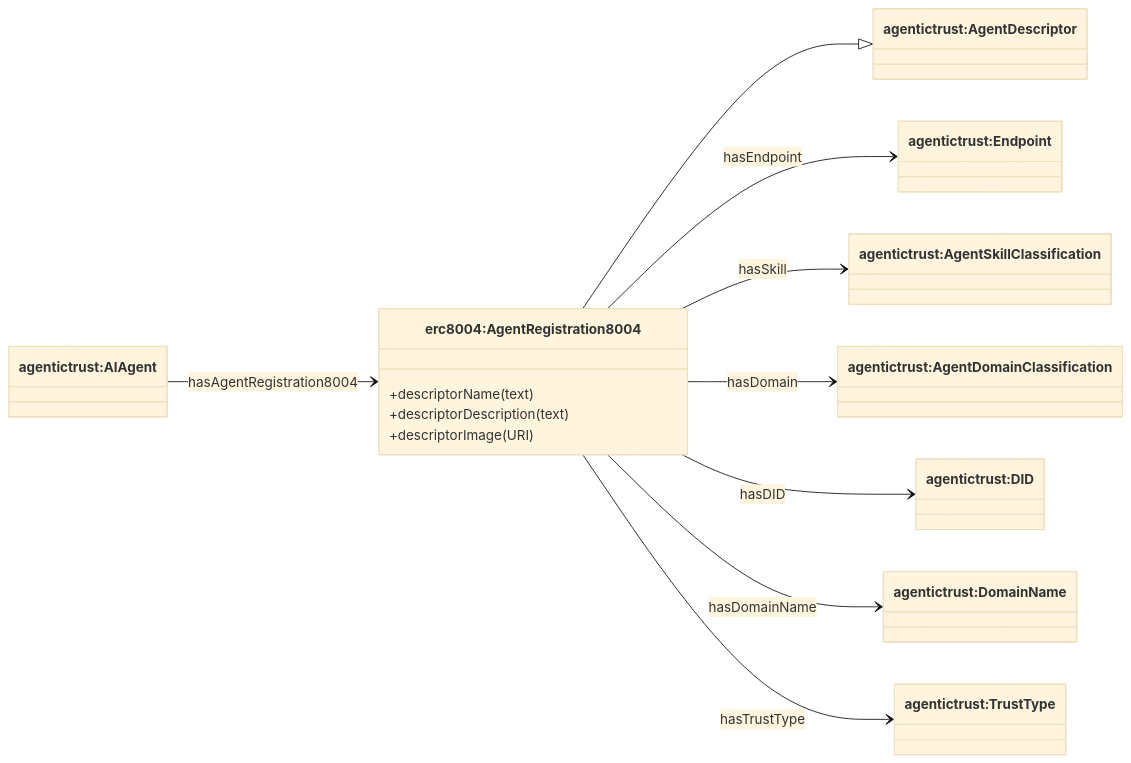
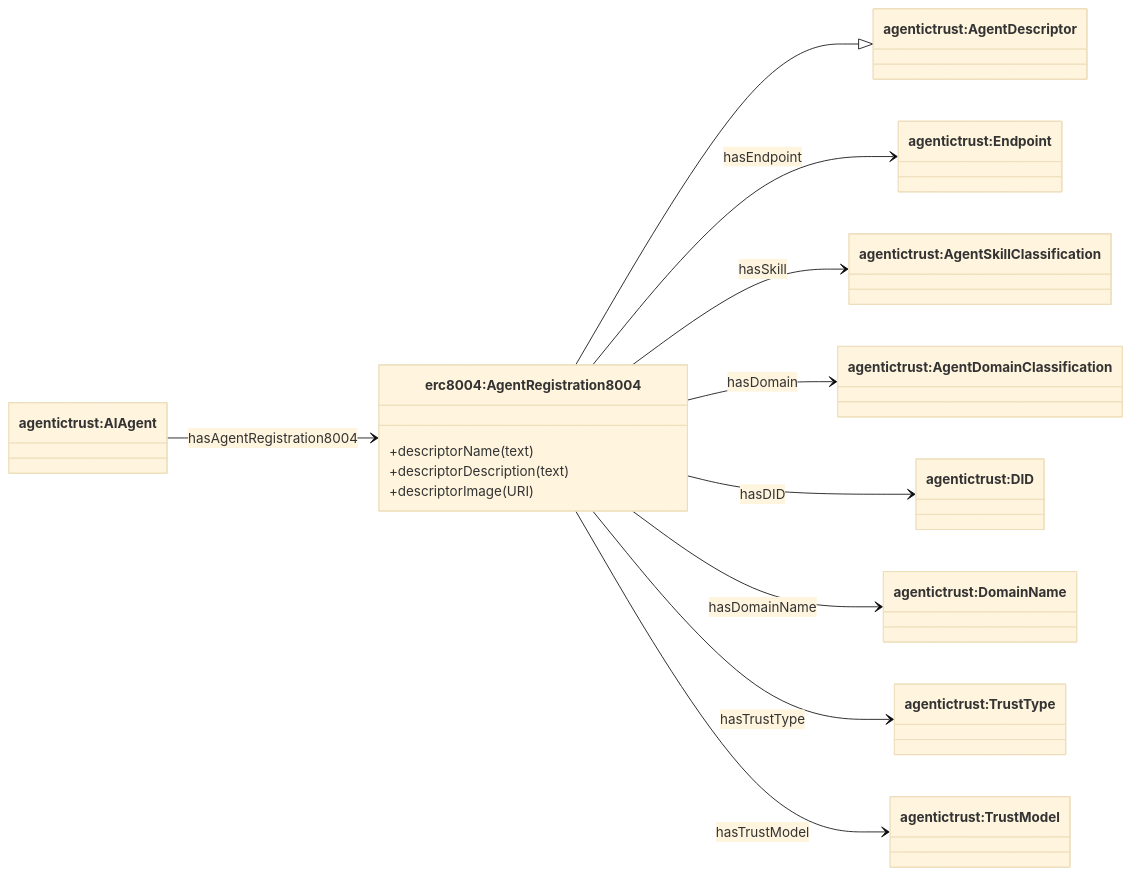
Before and after one commit to Agentic-Trust-Layer/agent-explorer: the first of 3 diagrams in docs/ontology/erc8004.md, drawn with Mermaid (base theme). The commit also changed other lines of this file and 13 other files, not shown here.

````diff
--- a/docs/ontology/erc8004.md
+++ b/docs/ontology/erc8004.md
@@ -32,27 +33,29 @@
 ```mermaid
 classDiagram
 direction LR
 
 class AIAgent["agentictrust:AIAgent"]
 class AgentDescriptor["agentictrust:AgentDescriptor"]
 class AgentRegistration8004["erc8004:AgentRegistration8004"]
 class Endpoint["agentictrust:Endpoint"]
 class AgentSkillClassification["agentictrust:AgentSkillClassification"]
 class AgentDomainClassification["agentictrust:AgentDomainClassification"]
 class DID["agentictrust:DID"]
 class DomainName["agentictrust:DomainName"]
 class TrustType["agentictrust:TrustType"]
+class TrustModel["agentictrust:TrustModel"]
 
 AgentRegistration8004 --|> AgentDescriptor
 
 AIAgent --> AgentRegistration8004 : hasAgentRegistration8004
 AgentRegistration8004 --> Endpoint : hasEndpoint
 AgentRegistration8004 --> AgentSkillClassification : hasSkill
 AgentRegistration8004 --> AgentDomainClassification : hasDomain
 AgentRegistration8004 --> DID : hasDID
 AgentRegistration8004 --> DomainName : hasDomainName
 AgentRegistration8004 --> TrustType : hasTrustType
+AgentRegistration8004 --> TrustModel : hasTrustModel
 AgentRegistration8004 : +descriptorName (text)
 AgentRegistration8004 : +descriptorDescription (text)
 AgentRegistration8004 : +descriptorImage (URI)
 ```
````
